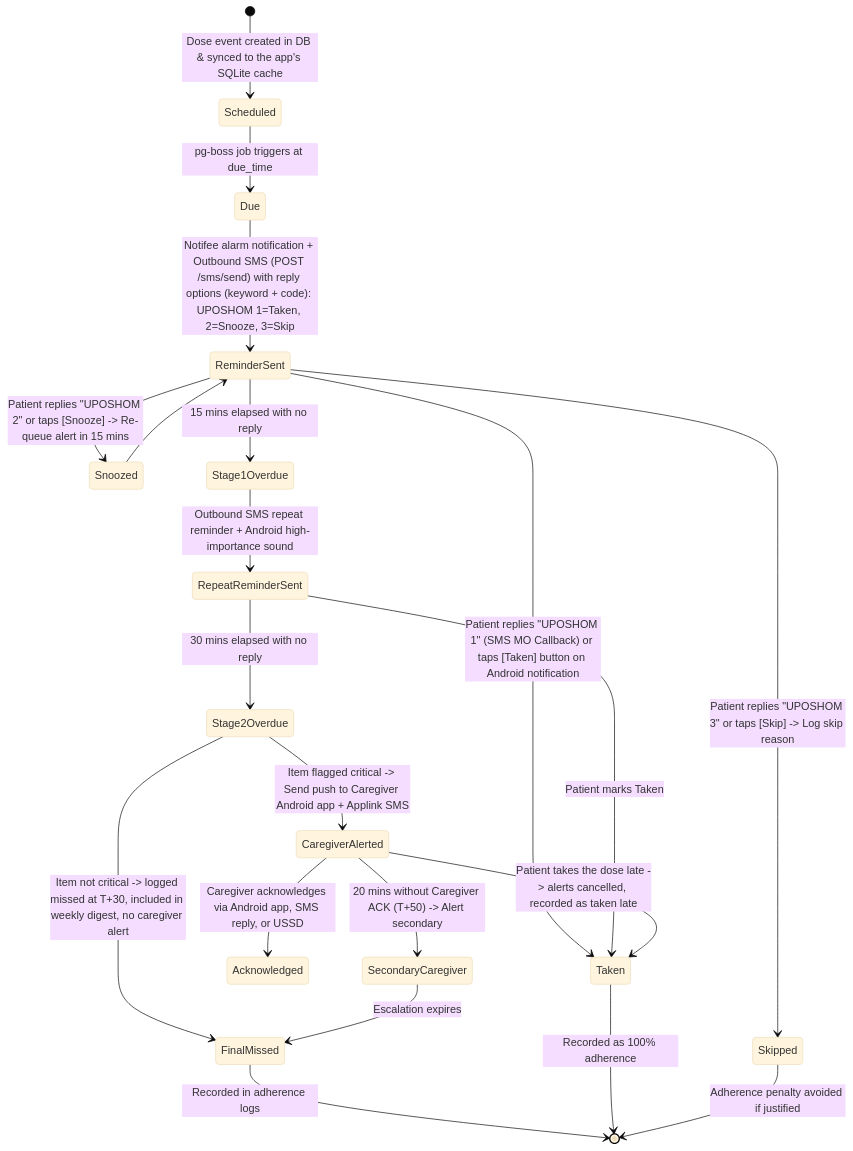
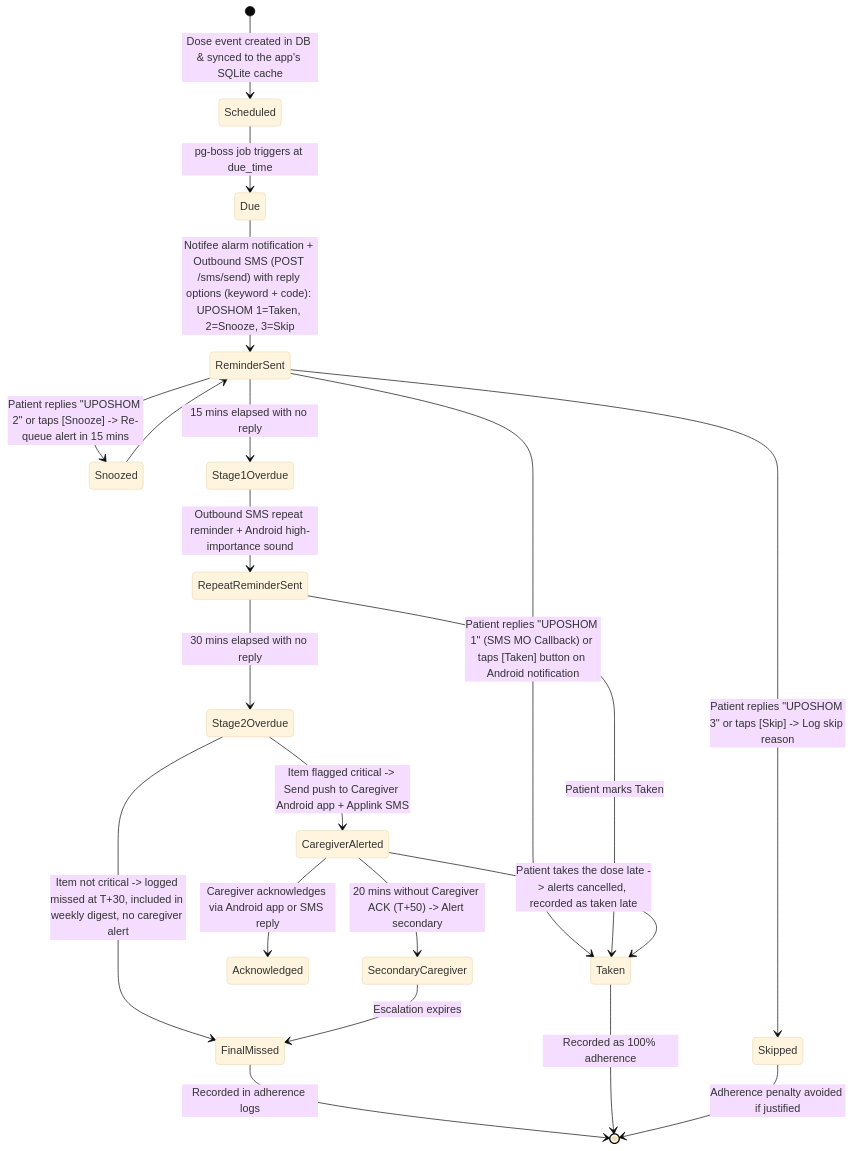
One commit to RidwanRK/Uposhom changed the fourth of 9 diagrams in Master_Plan.md. Above: the diagram before and after it, drawn with Mermaid (base theme). The commit also changed other lines of this file and 2 other files, not shown here.

First line of the commit message:
Remove USSD from the plan, design and README

````diff
--- a/Master_Plan.md
+++ b/Master_Plan.md
@@ -639,29 +632,29 @@
 ```mermaid
 stateDiagram-v2
     [*] --> Scheduled: Dose event created in DB & synced to the app's SQLite cache
     
     Scheduled --> Due: pg-boss job triggers at due_time
     Due --> ReminderSent: Notifee alarm notification + Outbound SMS (POST /sms/send) with reply options (keyword + code): UPOSHOM 1=Taken, 2=Snooze, 3=Skip
     
     ReminderSent --> Taken: Patient replies "UPOSHOM 1" (SMS MO Callback) or taps [Taken] button on Android notification
     ReminderSent --> Snoozed: Patient replies "UPOSHOM 2" or taps [Snooze] -> Re-queue alert in 15 mins
     ReminderSent --> Skipped: Patient replies "UPOSHOM 3" or taps [Skip] -> Log skip reason
     
     ReminderSent --> Stage1Overdue: 15 mins elapsed with no reply
     Stage1Overdue --> RepeatReminderSent: Outbound SMS repeat reminder + Android high-importance sound
     
     RepeatReminderSent --> Taken: Patient marks Taken
     RepeatReminderSent --> Stage2Overdue: 30 mins elapsed with no reply
     
     Stage2Overdue --> CaregiverAlerted: Item flagged critical -> Send push to Caregiver Android app + Applink SMS
     Stage2Overdue --> FinalMissed: Item not critical -> logged missed at T+30, included in weekly digest, no caregiver alert
-    CaregiverAlerted --> Acknowledged: Caregiver acknowledges via Android app, SMS reply, or USSD
+    CaregiverAlerted --> Acknowledged: Caregiver acknowledges via Android app or SMS reply
     CaregiverAlerted --> SecondaryCaregiver: 20 mins without Caregiver ACK (T+50) -> Alert secondary
     CaregiverAlerted --> Taken: Patient takes the dose late -> alerts cancelled, recorded as taken late
     
     SecondaryCaregiver --> FinalMissed: Escalation expires
     FinalMissed --> [*]: Recorded in adherence logs
     Taken --> [*]: Recorded as 100% adherence
     Snoozed --> ReminderSent
     Skipped --> [*]: Adherence penalty avoided if justified
 ```
````
